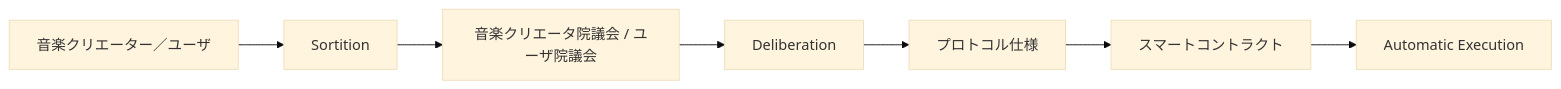
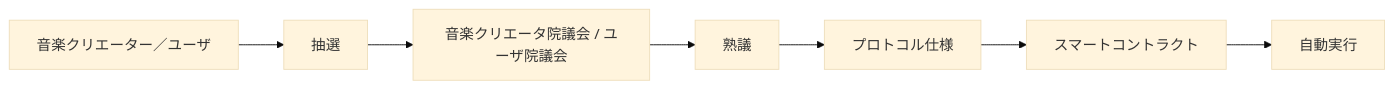
Before and after one commit to ShigeichiroYamasaki/creator-first-platform: the ninth of 17 diagrams in docs/whitepaper/01-vision.md, drawn with Mermaid (base theme). The commit also changed other lines of this file and 72 other files, not shown here.

````diff
--- a/docs/whitepaper/01-vision.md
+++ b/docs/whitepaper/01-vision.md
@@ -237,12 +237,12 @@
 ```mermaid
 flowchart LR
     CU[音楽クリエーター／ユーザ]
-    SORT[Sortition]
+    SORT[抽選]
     PARL[音楽クリエータ院議会 / ユーザ院議会]
-    DELIB[Deliberation]
+    DELIB[熟議]
     SPEC[プロトコル仕様]
     CODE[スマートコントラクト]
-    EXEC[Automatic Execution]
+    EXEC[自動実行]
 
     CU --> SORT --> PARL --> DELIB --> SPEC --> CODE --> EXEC
 ```
````
